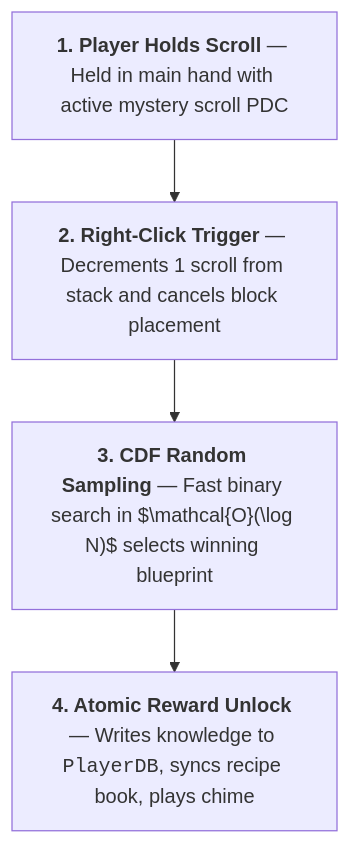
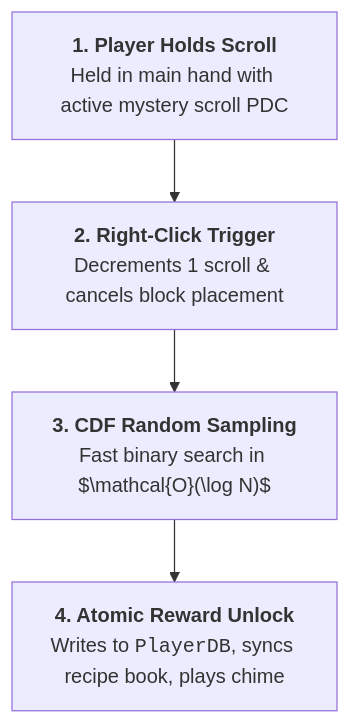
The diagram in docs/authoring/mystery-scrolls.md (XZtotal/CraftingBlueprints-Wiki), drawn with Mermaid before and after one commit. The commit also changed 24 other files, not shown here.

````diff
--- a/docs/authoring/mystery-scrolls.md
+++ b/docs/authoring/mystery-scrolls.md
@@ -130,7 +130,11 @@
 ```mermaid
 flowchart TD
-    Hold["<b>1. Player Holds Scroll</b> — Held in main hand with active mystery scroll PDC"]
-    --> Click["<b>2. Right-Click Trigger</b> — Decrements 1 scroll from stack and cancels block placement"]
-    --> Roll["<b>3. CDF Random Sampling</b> — Fast binary search in $\mathcal{O}(\log N)$ selects winning blueprint"]
-    --> Unlock["<b>4. Atomic Reward Unlock</b> — Writes knowledge to <code>PlayerDB</code>, syncs recipe book, plays chime"]
+    Hold["<b>1. Player Holds Scroll</b><br/>Held in main hand with active mystery scroll PDC"]
+    Click["<b>2. Right-Click Trigger</b><br/>Decrements 1 scroll &amp; cancels block placement"]
+    Roll["<b>3. CDF Random Sampling</b><br/>Fast binary search in $\mathcal{O}(\log N)$"]
+    Unlock["<b>4. Atomic Reward Unlock</b><br/>Writes to <code>PlayerDB</code>, syncs recipe book, plays chime"]
+
+    Hold --> Click
+    Click --> Roll
+    Roll --> Unlock
 ```
````
